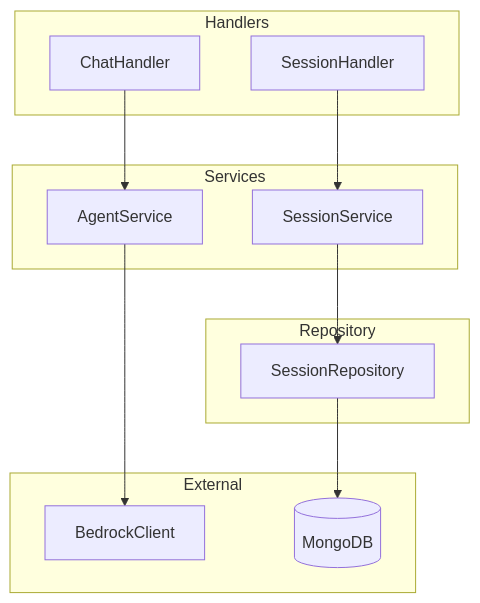
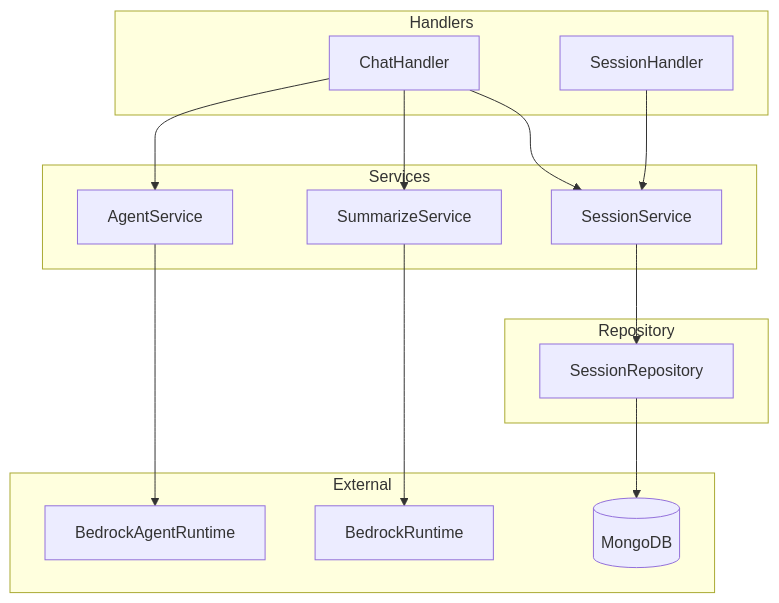
Before and after one commit to hashtagf/ui-agentbedrock: the third of 3 diagrams in aidlc-docs/branches/main/inception/application-design/architecture.md, drawn with Mermaid. The commit also changed other lines of this file and 4 other files, not shown here.

````diff
--- a/aidlc-docs/branches/main/inception/application-design/architecture.md
+++ b/aidlc-docs/branches/main/inception/application-design/architecture.md
@@ -81,27 +86,32 @@
 ```mermaid
 graph TB
     subgraph Handlers
         CHAT_H[ChatHandler]
         SESSION_H[SessionHandler]
     end
     
     subgraph Services
         AGENT_SVC[AgentService]
         SESSION_SVC[SessionService]
+        SUMMARIZE_SVC[SummarizeService]
     end
     
     subgraph Repository
         SESSION_REPO[SessionRepository]
     end
     
     subgraph External
-        BEDROCK[BedrockClient]
+        BEDROCK_AGENT[BedrockAgentRuntime]
+        BEDROCK_RT[BedrockRuntime]
         MONGO[(MongoDB)]
     end
     
     CHAT_H --> AGENT_SVC
+    CHAT_H --> SESSION_SVC
+    CHAT_H --> SUMMARIZE_SVC
     SESSION_H --> SESSION_SVC
-    AGENT_SVC --> BEDROCK
+    AGENT_SVC --> BEDROCK_AGENT
+    SUMMARIZE_SVC --> BEDROCK_RT
     SESSION_SVC --> SESSION_REPO
     SESSION_REPO --> MONGO
 ```
````
